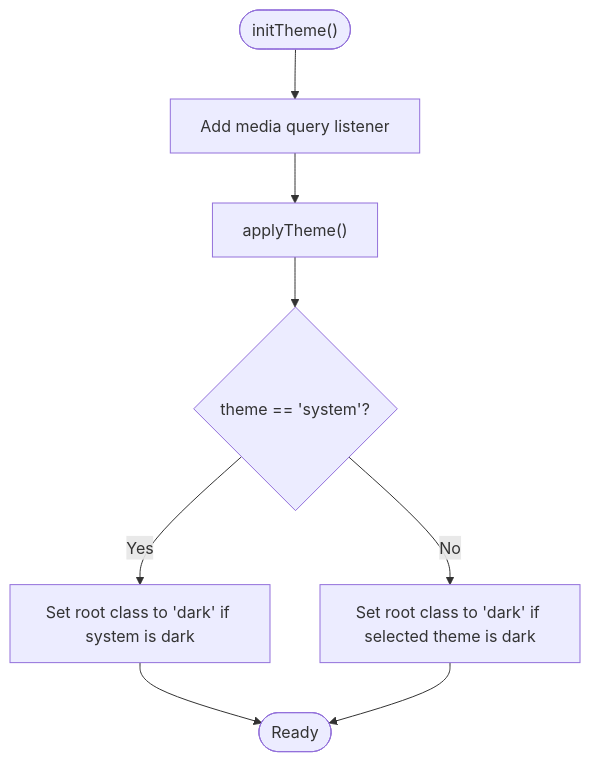
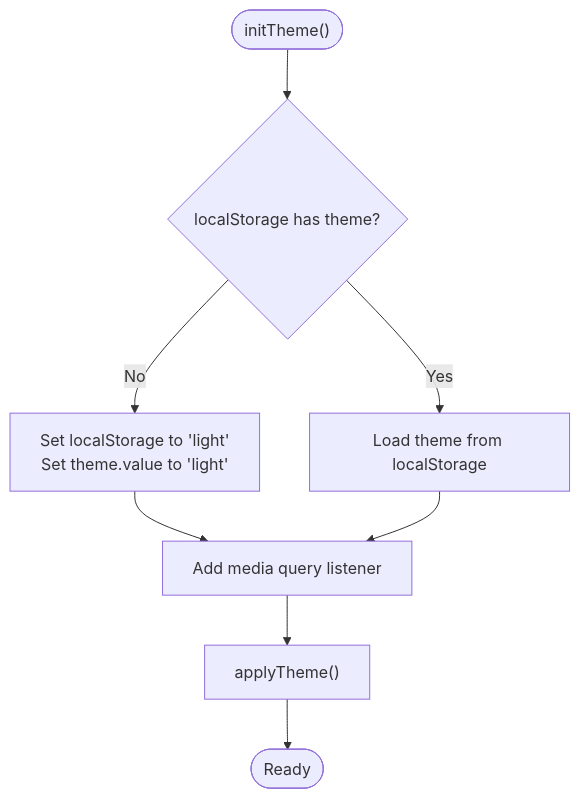
The third of 7 diagrams in .qoder/repowiki/en/content/Frontend Architecture/Theming and Customization.md (Nikita5543/New-SSO-02), drawn with Mermaid before and after one commit. The commit also changed other lines of this file and 3 other files, not shown here.

Commit message:
commit-dev-theme_light-0.3

````diff
--- a/.qoder/repowiki/en/content/Frontend Architecture/Theming and Customization.md
+++ b/.qoder/repowiki/en/content/Frontend Architecture/Theming and Customization.md
@@ -149,10 +165,10 @@
 ```mermaid
 flowchart TD
-Start(["initTheme()"]) --> MQ["Add media query listener"]
+Start(["initTheme()"]) --> Check{"localStorage has theme?"}
+Check --> |No| SetDefault["Set localStorage to 'light'<br/>Set theme.value to 'light'"]
+Check --> |Yes| LoadTheme["Load theme from localStorage"]
+SetDefault --> MQ["Add media query listener"]
+LoadTheme --> MQ
 MQ --> Apply["applyTheme()"]
-Apply --> Check{"theme == 'system'?"}
-Check --> |Yes| SetRoot["Set root class to 'dark' if system is dark"]
-Check --> |No| SetRoot2["Set root class to 'dark' if selected theme is dark"]
-SetRoot --> End(["Ready"])
-SetRoot2 --> End
+Apply --> End(["Ready"])
 ```
````
